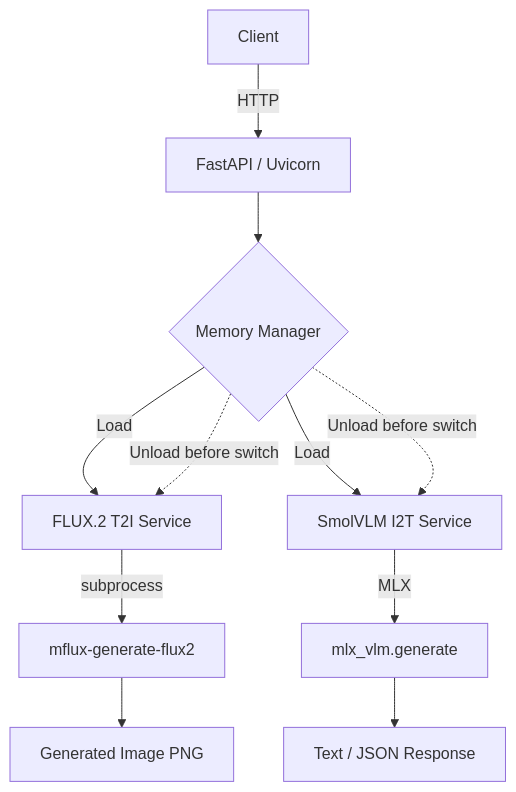
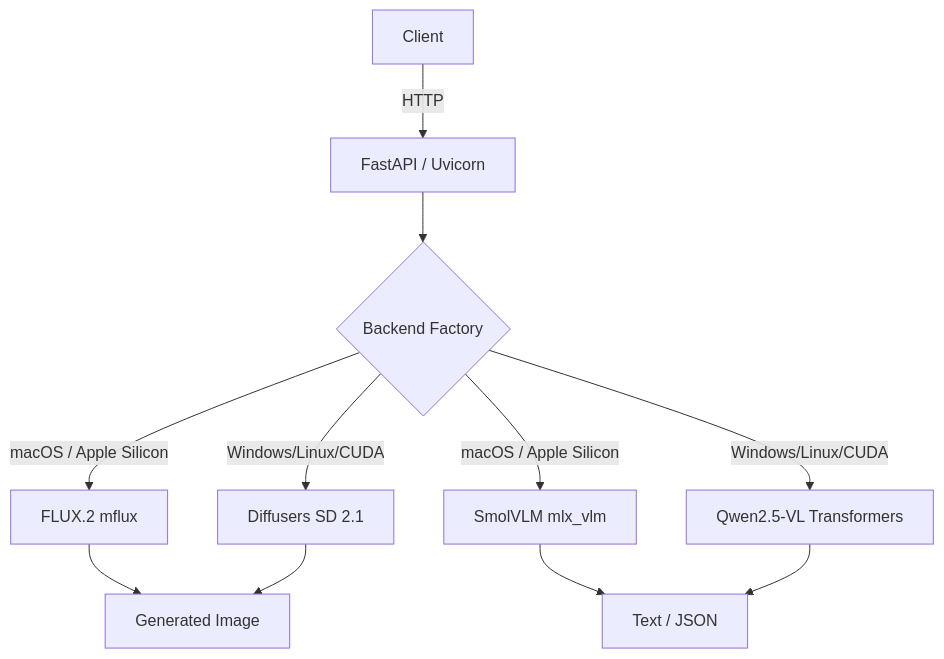
The diagram in README.md (minrahim1999/local-vision-ai), drawn with Mermaid before and after one commit. The commit also changed other lines of this file and 13 other files, not shown here.

Commit message:
Cross-platform backends: auto-detect Apple MLX vs CUDA/Diffusers/Transformers

````diff
--- a/README.md
+++ b/README.md
@@ -16,13 +16,13 @@
 ```mermaid
 flowchart TD
     A[Client] -- HTTP --> B[FastAPI / Uvicorn]
-    B --> C{Memory Manager}
-    C -->|Load| D[FLUX.2 T2I Service]
-    C -->|Load| E[SmolVLM I2T Service]
-    D -->|subprocess| F[mflux-generate-flux2]
-    E -->|MLX| G[mlx_vlm.generate]
-    F --> H[Generated Image PNG]
-    G --> I[Text / JSON Response]
-    C -.->|Unload before switch| D
-    C -.->|Unload before switch| E
+    B --> C{Backend Factory}
+    C -- macOS / Apple Silicon --> D[FLUX.2 mflux]
+    C -- Windows/Linux/CUDA --> E[Diffusers SD 2.1]
+    C -- macOS / Apple Silicon --> F[SmolVLM mlx_vlm]
+    C -- Windows/Linux/CUDA --> G[Qwen2.5-VL Transformers]
+    D --> H[Generated Image]
+    E --> H
+    F --> I[Text / JSON]
+    G --> I
 ```
````
